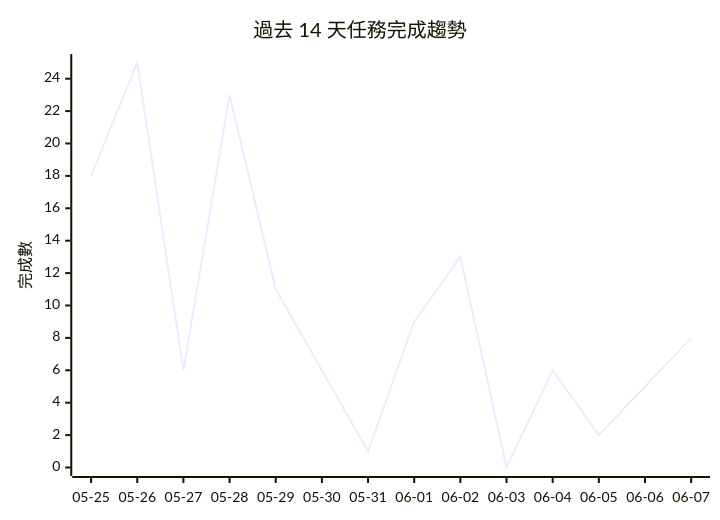
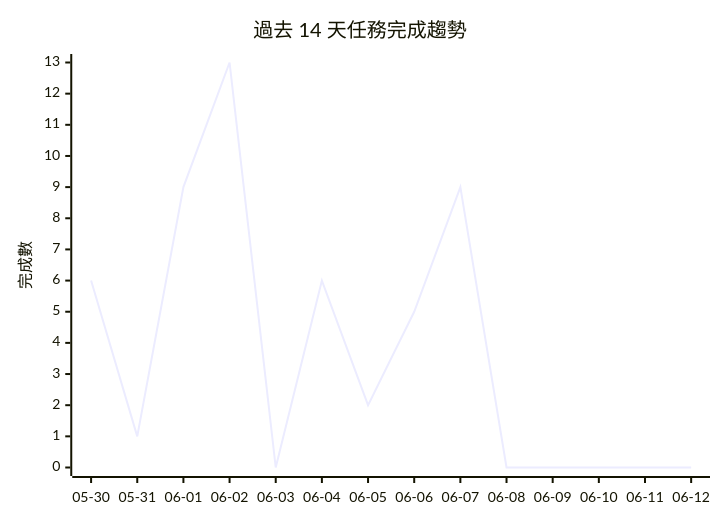
The diagram in README.md (openclawchen8-lgtm/openclawchen8-lgtm), drawn with Mermaid before and after one commit. The commit also changed other lines of this file, not shown here.

````diff
--- a/README.md
+++ b/README.md
@@ -146,7 +148,7 @@
 ```mermaid
 xychart-beta
     title "過去 14 天任務完成趨勢"
-    x-axis ["05-25", "05-26", "05-27", "05-28", "05-29", "05-30", "05-31", "06-01", "06-02", "06-03", "06-04", "06-05", "06-06", "06-07"]
-    y-axis "完成數" 0 --> 25
-    line [18, 25, 6, 23, 11, 6, 1, 9, 13, 0, 6, 2, 5, 8]
+    x-axis ["05-30", "05-31", "06-01", "06-02", "06-03", "06-04", "06-05", "06-06", "06-07", "06-08", "06-09", "06-10", "06-11", "06-12"]
+    y-axis "完成數" 0 --> 13
+    line [6, 1, 9, 13, 0, 6, 2, 5, 9, 0, 0, 0, 0, 0]
 ```
````
